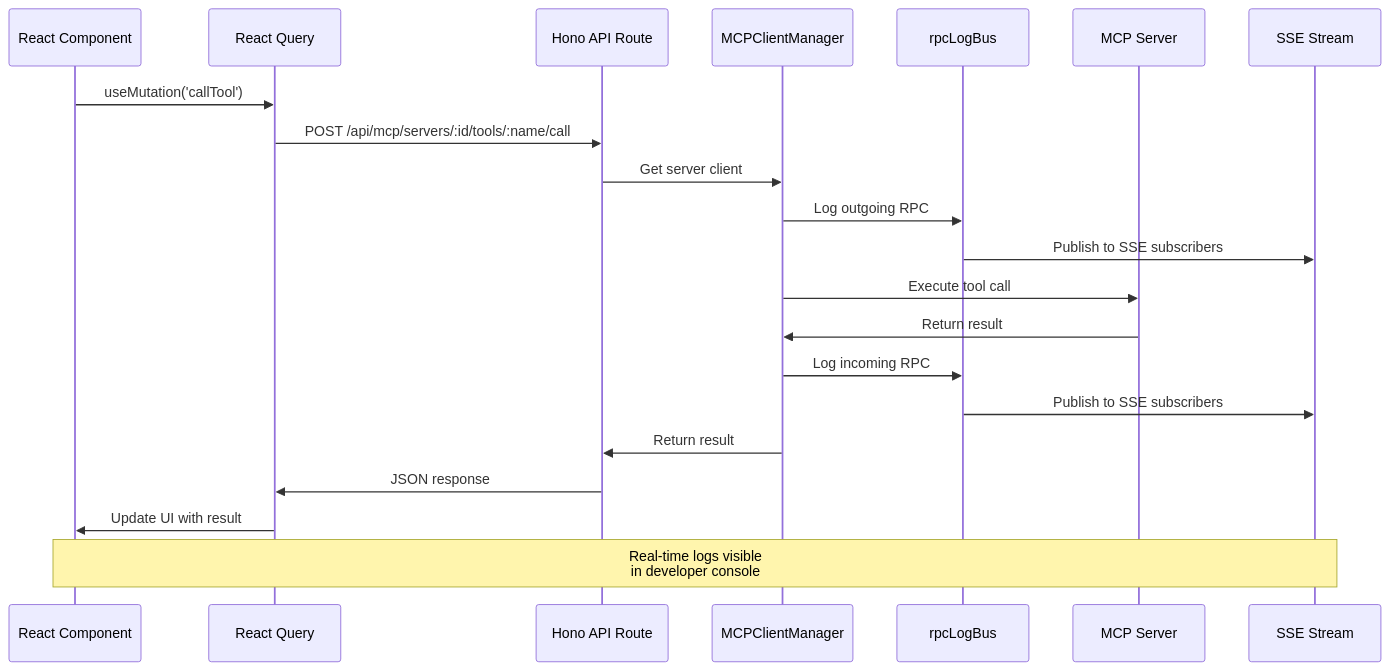
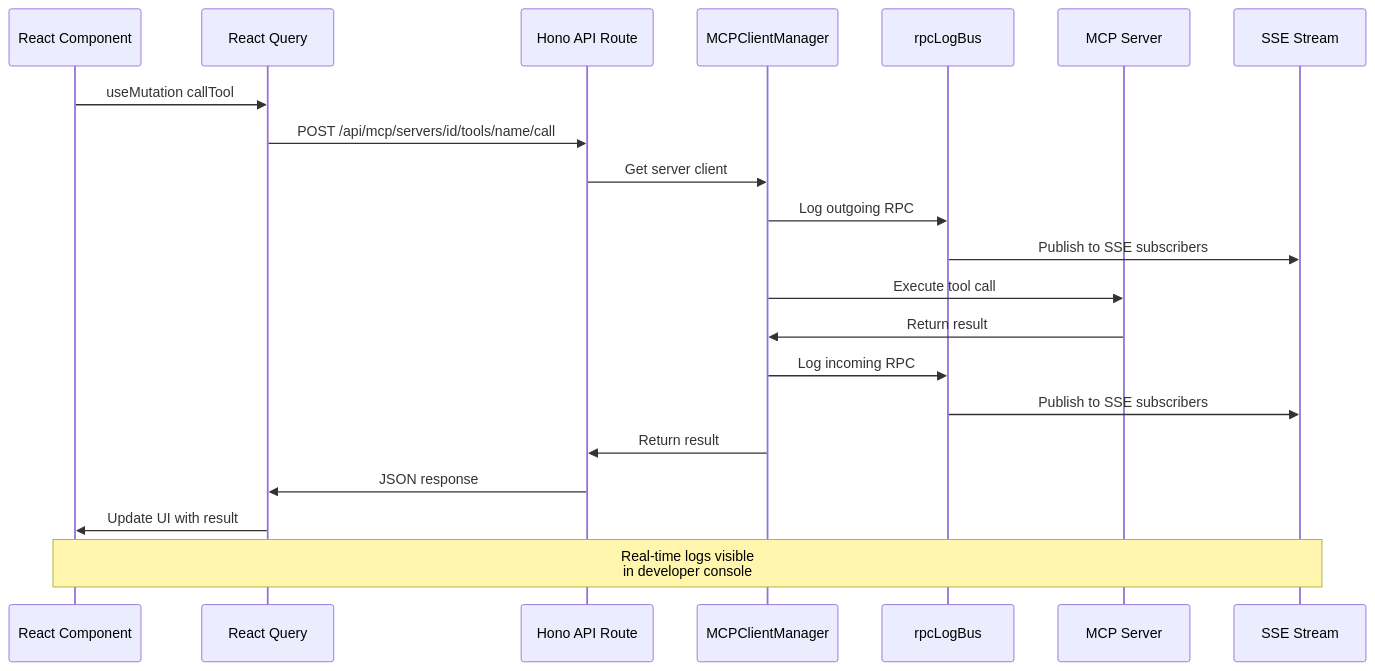
The fourth of 11 diagrams in docs/CONTRIBUTING.mdx (and1can/inspector), drawn with Mermaid before and after one commit. The commit also changed other lines of this file, not shown here.

Commit message:
Fix graphs in Contributing

````diff
--- a/docs/CONTRIBUTING.mdx
+++ b/docs/CONTRIBUTING.mdx
@@ -169,25 +169,25 @@
 ```mermaid
 sequenceDiagram
     participant React as React Component
     participant Query as React Query
     participant API as Hono API Route
     participant Manager as MCPClientManager
     participant Logger as rpcLogBus
     participant MCP as MCP Server
     participant SSE as SSE Stream
 
-    React->>Query: useMutation('callTool')
-    Query->>API: POST /api/mcp/servers/:id/tools/:name/call
+    React->>Query: useMutation callTool
+    Query->>API: POST /api/mcp/servers/id/tools/name/call
     API->>Manager: Get server client
     Manager->>Logger: Log outgoing RPC
     Logger->>SSE: Publish to SSE subscribers
     Manager->>MCP: Execute tool call
     MCP->>Manager: Return result
     Manager->>Logger: Log incoming RPC
     Logger->>SSE: Publish to SSE subscribers
     Manager->>API: Return result
     API->>Query: JSON response
     Query->>React: Update UI with result
 
     Note over SSE,React: Real-time logs visible<br/>in developer console
 ```
````
